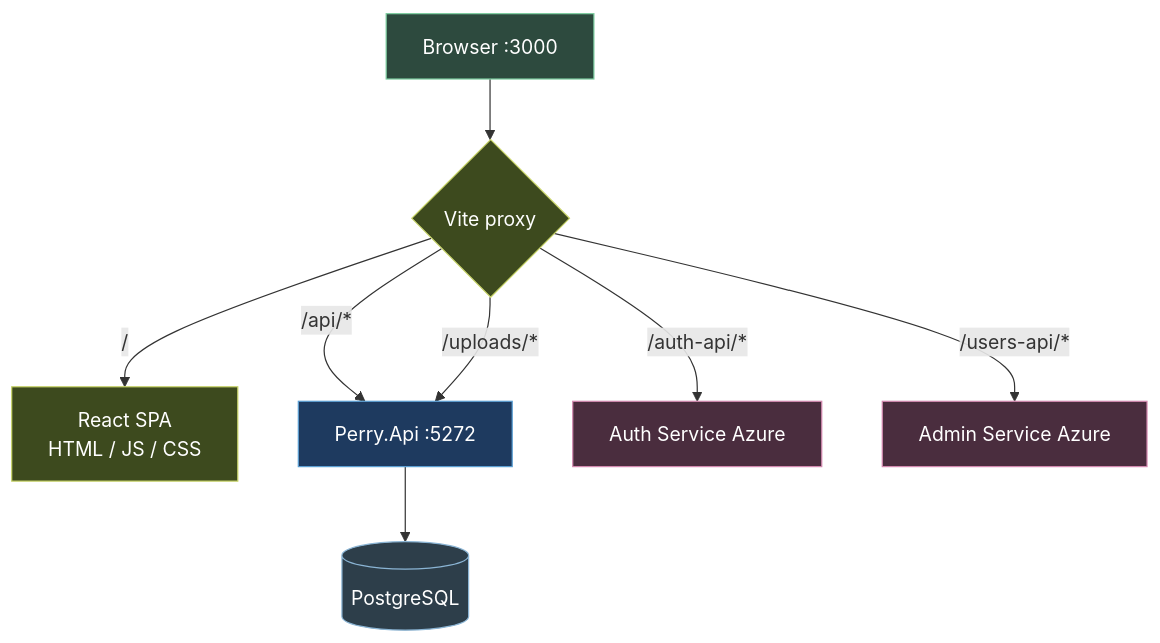
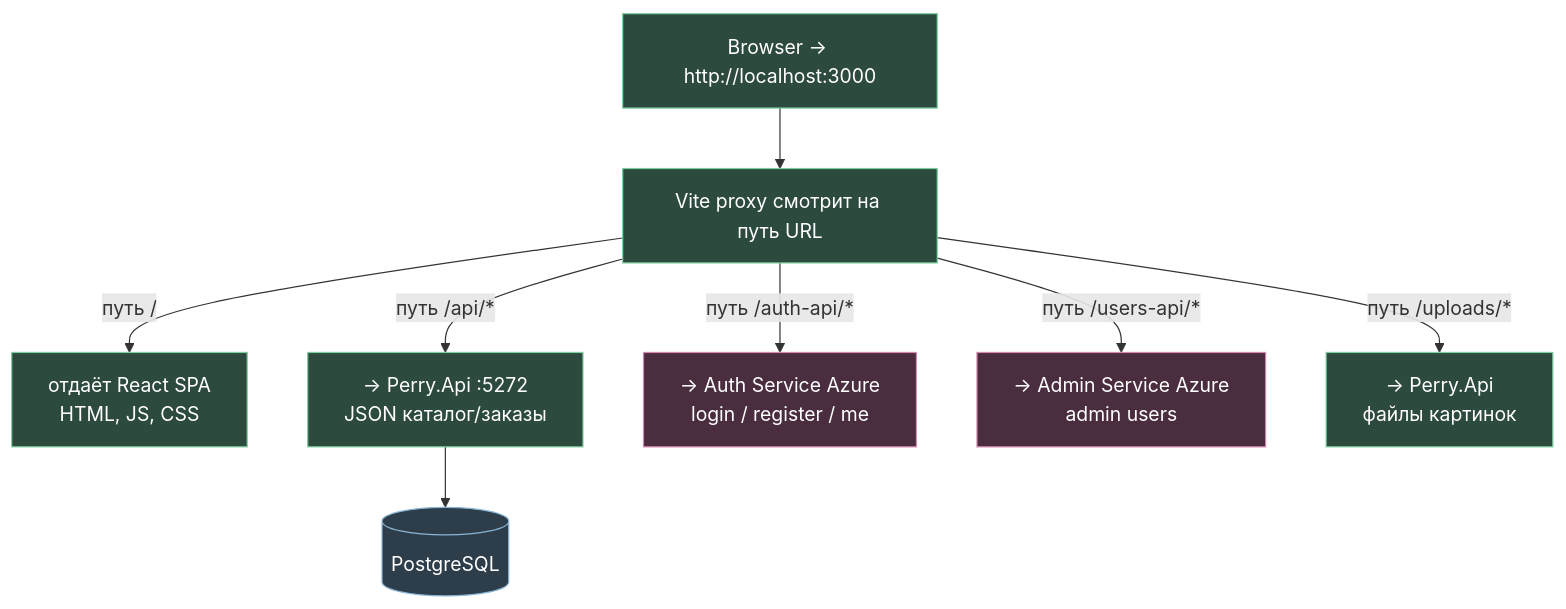
Before and after one commit to ITSTEP-PERRY/perry-front: the diagram in project_defense/02_architecture-request-flow/diagram.mmd, drawn with Mermaid. The commit also changed 41 other files, not shown here.

Commit message:
docs(defense): clearer diagrams, PPTX with per-slide descriptions.

```diff
--- a/project_defense/02_architecture-request-flow/diagram.mmd
+++ b/project_defense/02_architecture-request-flow/diagram.mmd
@@ -1,27 +1,21 @@
-flowchart TD
-  U["Browser :3000"]
-  V{"Vite proxy"}
-  SPA["React SPA<br/>HTML / JS / CSS"]
-  P["Perry.Api :5272"]
-  A["Auth Service Azure"]
-  ADM["Admin Service Azure"]
-  DB[("PostgreSQL")]
+flowchart TB
+  B["Browser → http://localhost:3000"]
+  V["Vite proxy смотрит на путь URL"]
 
-  U --> V
-  V -->|"/"| SPA
-  V -->|"/api/*"| P
-  V -->|"/uploads/*"| P
-  V -->|"/auth-api/*"| A
-  V -->|"/users-api/*"| ADM
-  P --> DB
+  B --> V
 
-  classDef c fill:#2d4a3e,stroke:#7dcea0,color:#fff
-  classDef p fill:#3d4a1e,stroke:#c9d56a,color:#fff
+  V -->|"путь /"| SPA["отдаёт React SPA<br/>HTML, JS, CSS"]
+  V -->|"путь /api/*"| API["→ Perry.Api :5272<br/>JSON каталог/заказы"]
+  V -->|"путь /auth-api/*"| AUTH["→ Auth Service Azure<br/>login / register / me"]
+  V -->|"путь /users-api/*"| USERS["→ Admin Service Azure<br/>admin users"]
+  V -->|"путь /uploads/*"| UP["→ Perry.Api<br/>файлы картинок"]
+
+  API --> DB[("PostgreSQL")]
+
   classDef a fill:#1e3a5f,stroke:#5b9fd4,color:#fff
   classDef e fill:#4a2d3e,stroke:#d48ab0,color:#fff
+  classDef f fill:#2d4a3e,stroke:#7dcea0,color:#fff
   classDef d fill:#2d3e4a,stroke:#8ab4d4,color:#fff
-  class U c
-  class V,SPA p
-  class P a
-  class A,ADM e
+  class B,V,SPA,API,UP f
+  class AUTH,USERS e
   class DB d
```
